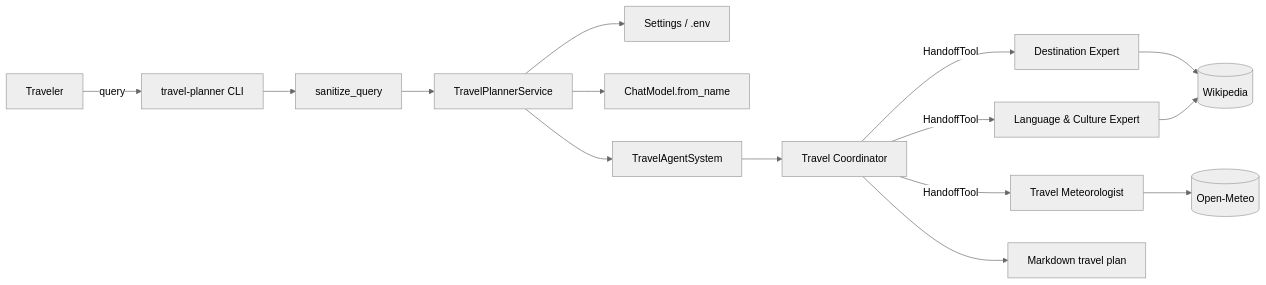
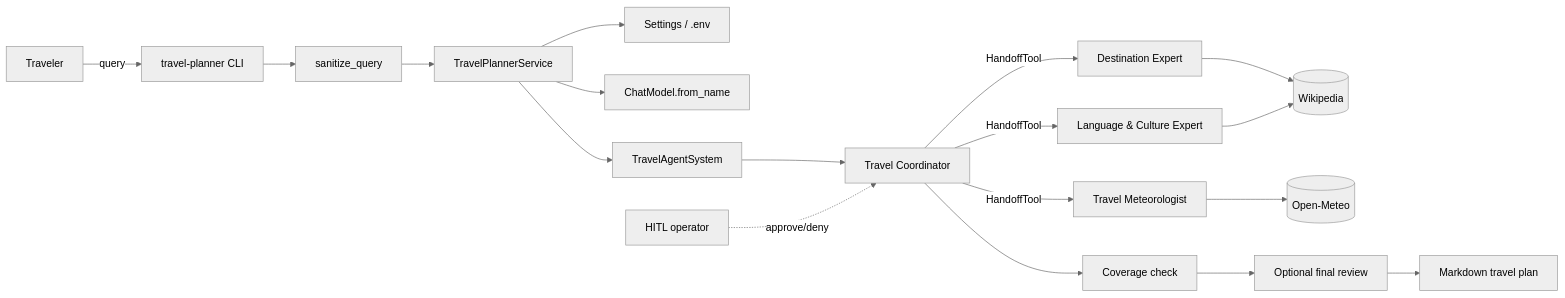
The first of 6 diagrams in README.md (sty0331us/Multi-Agent-Travel-Planner-with-BeeAI), drawn with Mermaid (neutral theme) before and after one commit. The commit also changed other lines of this file, not shown here.

First line of the commit message:
docs: emphasize HITL as a production accuracy pillar

````diff
--- a/README.md
+++ b/README.md
@@ -41,17 +42,20 @@
 ```mermaid
 flowchart LR
   U[Traveler] -->|query| CLI[travel-planner CLI]
   CLI --> VAL[sanitize_query]
   VAL --> SVC[TravelPlannerService]
   SVC --> CFG[Settings / .env]
   SVC --> LLM[ChatModel.from_name]
   SVC --> ORCH[TravelAgentSystem]
   ORCH --> COORD[Travel Coordinator]
+  HITL[HITL operator] -.->|approve/deny| COORD
   COORD -->|HandoffTool| DEST[Destination Expert]
   COORD -->|HandoffTool| WX[Travel Meteorologist]
   COORD -->|HandoffTool| LANG[Language & Culture Expert]
   DEST --> WIKI[(Wikipedia)]
   LANG --> WIKI
   WX --> METEO[(Open-Meteo)]
-  COORD --> OUT[Markdown travel plan]
+  COORD --> COV[Coverage check]
+  COV --> HITL2[Optional final review]
+  HITL2 --> OUT[Markdown travel plan]
 ```
````
